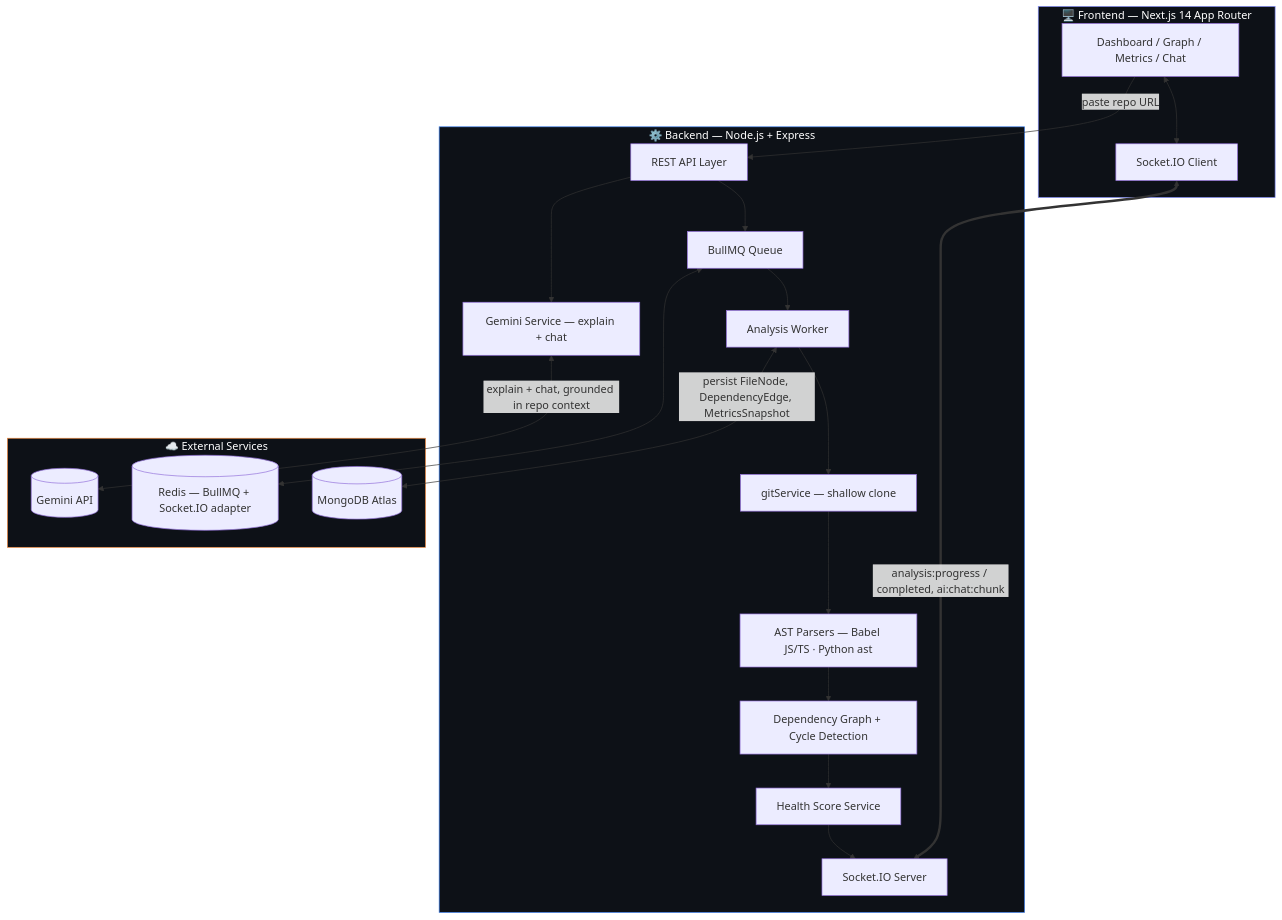
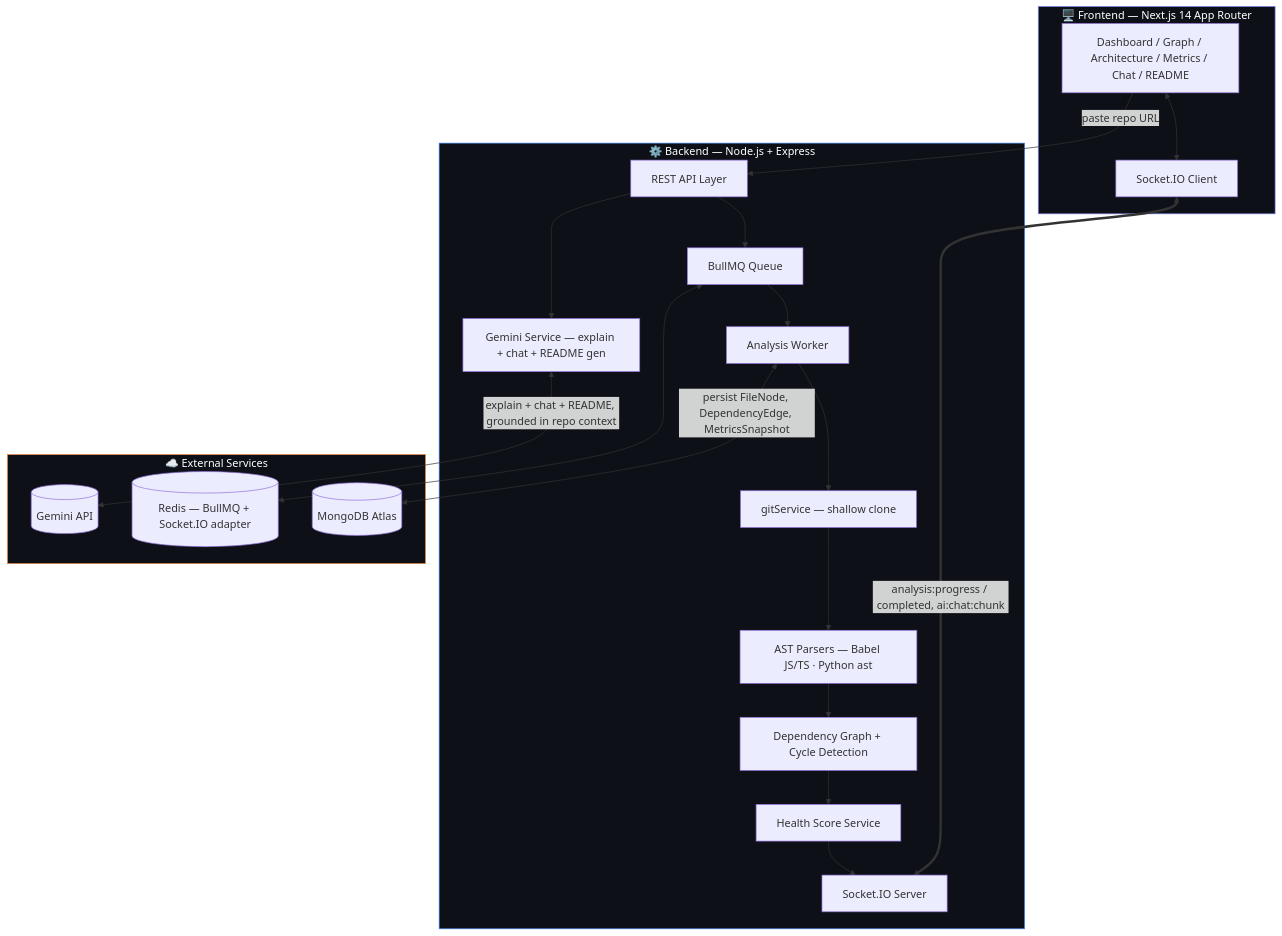
The first of 3 diagrams in README.md (saumyadwiv/Archon--Github-repo-analyzer), drawn with Mermaid before and after one commit. The commit also changed other lines of this file, not shown here.

````diff
--- a/README.md
+++ b/README.md
@@ -87,41 +119,41 @@
 ```mermaid
 flowchart TB
     subgraph CLIENT["🖥️ Frontend — Next.js 14 App Router"]
-        UI[Dashboard / Graph / Metrics / Chat]
+        UI[Dashboard / Graph / Architecture / Metrics / Chat / README]
         SOCKETC[Socket.IO Client]
         UI <--> SOCKETC
     end
 
     subgraph SERVER["⚙️ Backend — Node.js + Express"]
         API[REST API Layer]
         SOCKETS[Socket.IO Server]
         QUEUE[BullMQ Queue]
         WORKER[Analysis Worker]
         GIT[gitService — shallow clone]
         AST[AST Parsers — Babel JS/TS · Python ast]
         GRAPH[Dependency Graph + Cycle Detection]
         HEALTH[Health Score Service]
-        AI[Gemini Service — explain + chat]
+        AI[Gemini Service — explain + chat + README gen]
 
         API --> QUEUE --> WORKER
         WORKER --> GIT --> AST --> GRAPH --> HEALTH
         HEALTH --> SOCKETS
         API --> AI
     end
 
     subgraph EXTERNAL["☁️ External Services"]
         GEMINI[(Gemini API)]
         MONGO[(MongoDB Atlas)]
         REDIS[(Redis — BullMQ + Socket.IO adapter)]
     end
 
     SOCKETC <===>|analysis:progress / completed, ai:chat:chunk| SOCKETS
     UI -->|paste repo URL| API
     WORKER <-->|persist FileNode, DependencyEdge, MetricsSnapshot| MONGO
     QUEUE <--> REDIS
-    AI <-->|explain + chat, grounded in repo context| GEMINI
+    AI <-->|explain + chat + README, grounded in repo context| GEMINI
 
     style CLIENT fill:#0d1117,stroke:#818cf8,color:#ffffff
     style SERVER fill:#0d1117,stroke:#4285F4,color:#ffffff
     style EXTERNAL fill:#0d1117,stroke:#f0883e,color:#ffffff
 ```
````
